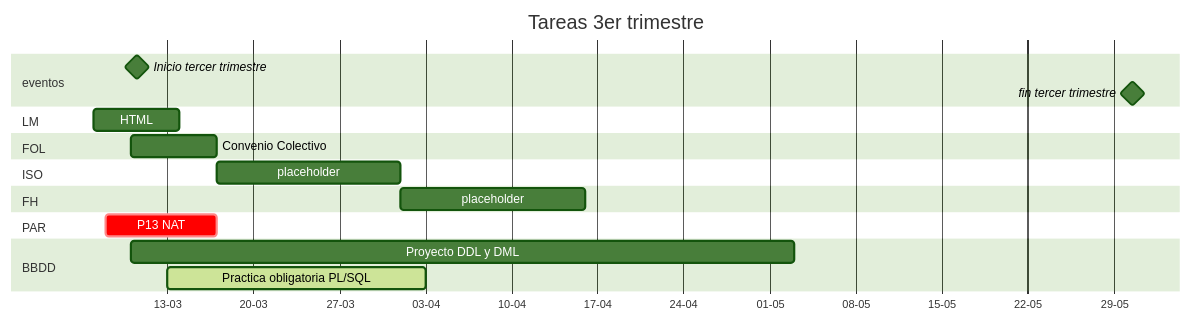
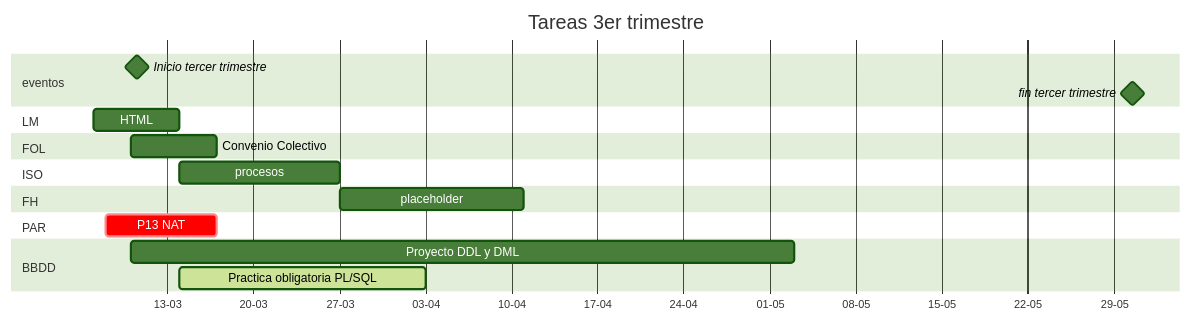
Before and after one commit to robertorodriguez98/apuntesClase: the diagram in README.md, drawn with Mermaid (forest theme). The commit also changed 4 other files, not shown here.

````diff
--- a/README.md
+++ b/README.md
@@ -3,30 +3,30 @@
 ```mermaid
 gantt
     %%etiquetas posibles: done,active,crit,milestone
     title Tareas 3er trimestre
     dateFormat  DD-MM-YY
     axisFormat  %d-%m
     section eventos
     Inicio tercer trimestre : milestone,10-03-22,1d
     fin tercer trimestre : milestone,30-05-22,1d
 
     section LM
     HTML :07-03-22,7d
 
     section FOL
 	Convenio Colectivo      :10-03-22,7d
 
     section ISO
-    placeholder             :15d
+    procesos            :14-03-22,27-03-22
 
     section FH
     placeholder             :15d
 
     section PAR
     P13 NAT             :crit,nat,08-03-22,17-03-22
 
     section BBDD
     Proyecto DDL y DML          :10-03-22,03-05-22
-    Practica obligatoria PL/SQL :active,13-03-22,03-04-22
+    Practica obligatoria PL/SQL :active,14-03-22,03-04-22
 
 ```
````
